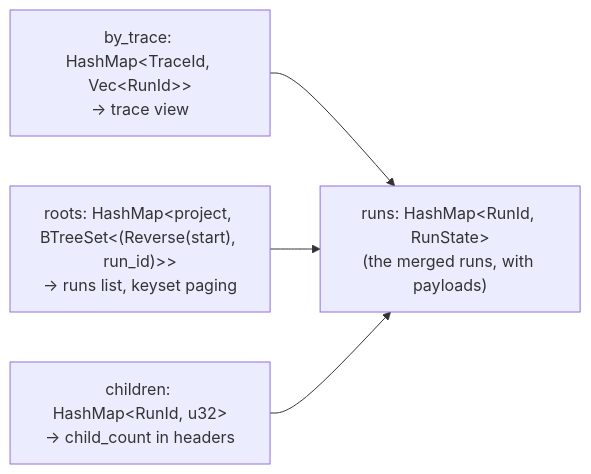
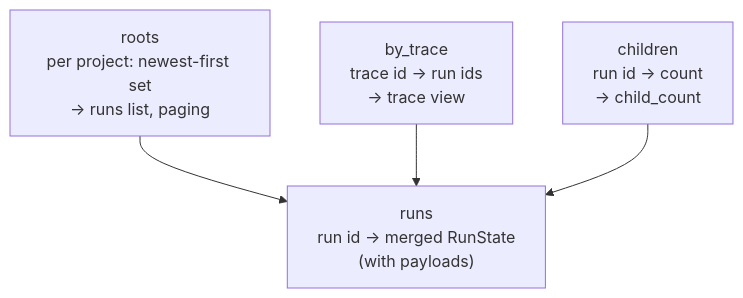
The fifth of 8 diagrams in specs/001-m1-see-agent-trace-live/starter-guide.md (liukai/smithling), drawn with Mermaid before and after one commit. The commit also changed other lines of this file and 14 other files, not shown here.

````diff
--- a/specs/001-m1-see-agent-trace-live/starter-guide.md
+++ b/specs/001-m1-see-agent-trace-live/starter-guide.md
@@ -193,10 +207,10 @@
 ```mermaid
-flowchart LR
-    runs["runs: HashMap&lt;RunId, RunState&gt;<br/>(the merged runs, with payloads)"]
-    bt["by_trace: HashMap&lt;TraceId, Vec&lt;RunId&gt;&gt;<br/>→ trace view"]
-    ro["roots: HashMap&lt;project, BTreeSet&lt;(Reverse(start), run_id)&gt;&gt;<br/>→ runs list, keyset paging"]
-    ch["children: HashMap&lt;RunId, u32&gt;<br/>→ child_count in headers"]
+flowchart TB
+    ro["roots<br/>per project: newest-first set<br/>→ runs list, paging"]
+    bt["by_trace<br/>trace id → run ids<br/>→ trace view"]
+    ch["children<br/>run id → count<br/>→ child_count"]
+    runs["runs<br/>run id → merged RunState<br/>(with payloads)"]
+    ro --> runs
     bt --> runs
-    ro --> runs
     ch --> runs
 ```
````
